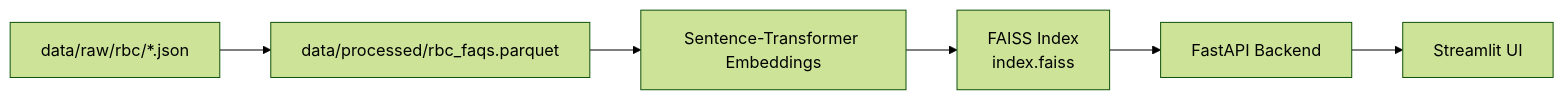
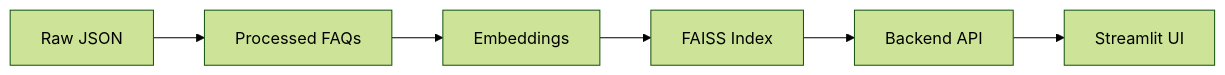
The second of 2 diagrams in README.md (JDede1/rag-project), drawn with Mermaid (forest theme) before and after one commit. The commit also changed other lines of this file, not shown here.

Commit message:
Updated README: Fixed mermaid diagrams

````diff
--- a/README.md
+++ b/README.md
@@ -69,8 +69,8 @@
 ```mermaid
 flowchart LR
-    S1["data/raw/rbc/*.json"] --> S2["data/processed/rbc_faqs.parquet"]
-    S2 --> S3["Sentence-Transformer Embeddings"]
-    S3 --> S4["FAISS Index\nindex.faiss"]
-    S4 --> B["FastAPI Backend"]
+    S1["Raw JSON"] --> S2["Processed FAQs"]
+    S2 --> S3["Embeddings"]
+    S3 --> S4["FAISS Index"]
+    S4 --> B["Backend API"]
     B --> F["Streamlit UI"]
 ```
````
